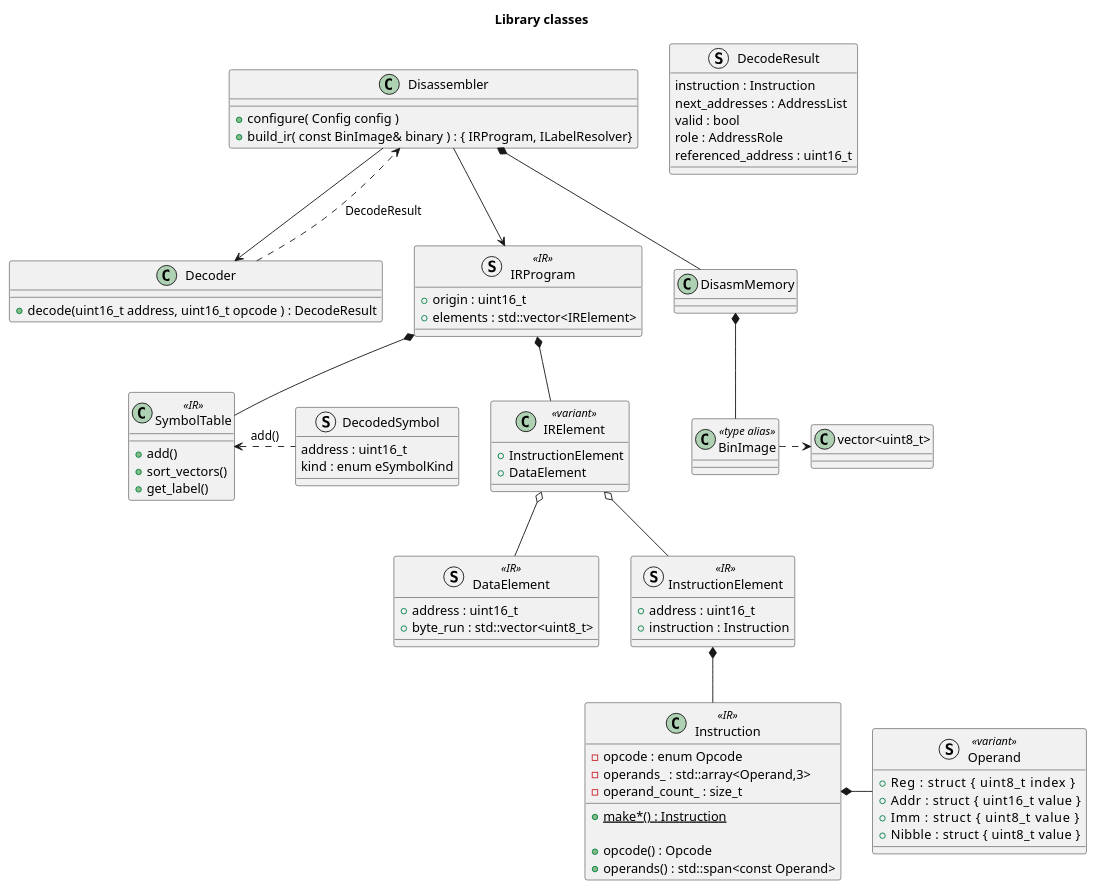
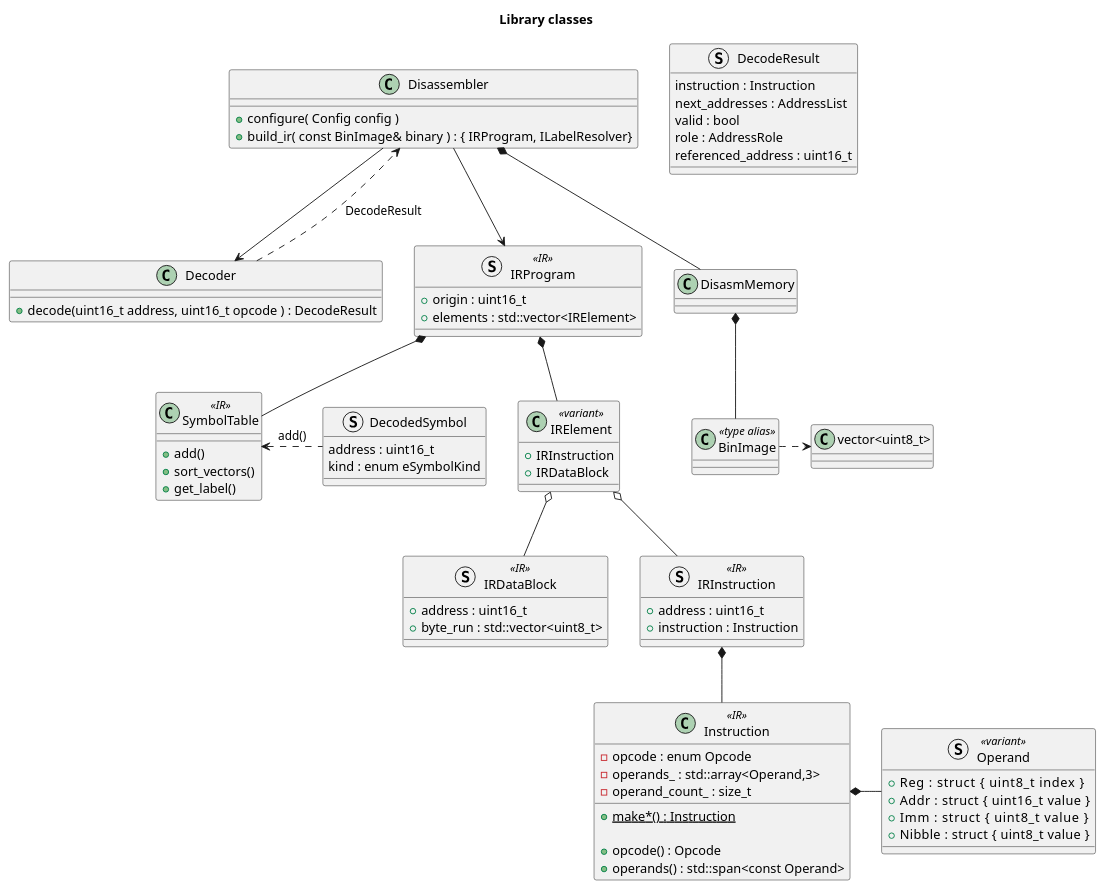
The diagram in chip8ir/doc/library_classes.plantuml (alwinl/chip8), drawn with PlantUML before and after one commit. The commit also changed 20 other files, not shown here.

Commit message:
Split the chipir8 header and implementation files and renamed InstructionElement and DataElement to IRInstruction and IRData

```diff
--- a/chip8ir/doc/library_classes.plantuml
+++ b/chip8ir/doc/library_classes.plantuml
@@ -1,108 +1,108 @@
 @startuml library_classes
 title "Library classes"
 
 struct Operand <<variant>>
 {
 	+Reg      : struct { uint8_t index  }
 	+Addr     : struct { uint16_t value }
 	+Imm      : struct { uint8_t value  }
 	+Nibble   : struct { uint8_t value  }
 }
 
 class Instruction <<IR>>
 {
 	+{static} make*() : Instruction
 
 	+opcode() : Opcode
 	+operands() : std::span<const Operand>
 
 	-opcode : enum Opcode
 	-operands_ : std::array<Operand,3>
 	-operand_count_ : size_t
 }
 
 Instruction *- Operand
 
-struct DataElement <<IR>>
+struct IRDataBlock <<IR>>
 {
 	+address : uint16_t
 	+byte_run : std::vector<uint8_t>
 }
 
-struct InstructionElement <<IR>>
+struct IRInstruction <<IR>>
 {
 	+address : uint16_t
 	+instruction : Instruction
 }
 
 class IRElement <<variant>>
 {
-    +InstructionElement
-    +DataElement
+    +IRInstruction
+    +IRDataBlock
 }
 
 struct DecodedSymbol
 {
 	address : uint16_t
 	 kind : enum eSymbolKind
 }
 
 class SymbolTable <<IR>>
 {
 	+add()
 	+sort_vectors()
 	+get_label()
 }
 
-IRElement o-- DataElement
-IRElement o-- InstructionElement
+IRElement o-- IRDataBlock
+IRElement o-- IRInstruction
 
-InstructionElement *-- Instruction
+IRInstruction *-- Instruction
 
 SymbolTable <. DecodedSymbol : add()
 
 struct IRProgram <<IR>>
 {
     +origin : uint16_t
     +elements : std::vector<IRElement>
 }
 
 IRProgram *-- IRElement
 IRProgram *-- SymbolTable
 
 struct DecodeResult
 {
 	instruction : Instruction
 	next_addresses : AddressList
 	valid : bool
 	role : AddressRole
 	referenced_address : uint16_t
 }
 
 class Decoder
 {
 	+decode(uint16_t address, uint16_t opcode ) : DecodeResult
 }
 
 ' Decoder <. DecodeResult
 
 class DisasmMemory
 
 class BinImage <<type alias>>
 BinImage .> "vector<uint8_t>"
 
 class Disassembler
 {
 	+configure( Config config )
 	+build_ir( const BinImage& binary ) : { IRProgram, ILabelResolver}
 }
 
 Disassembler *-- DisasmMemory
 Disassembler --> Decoder
 Disassembler --> IRProgram
 
 
 Decoder ..> Disassembler : DecodeResult
 
 DisasmMemory *-- BinImage
 @enduml
```
